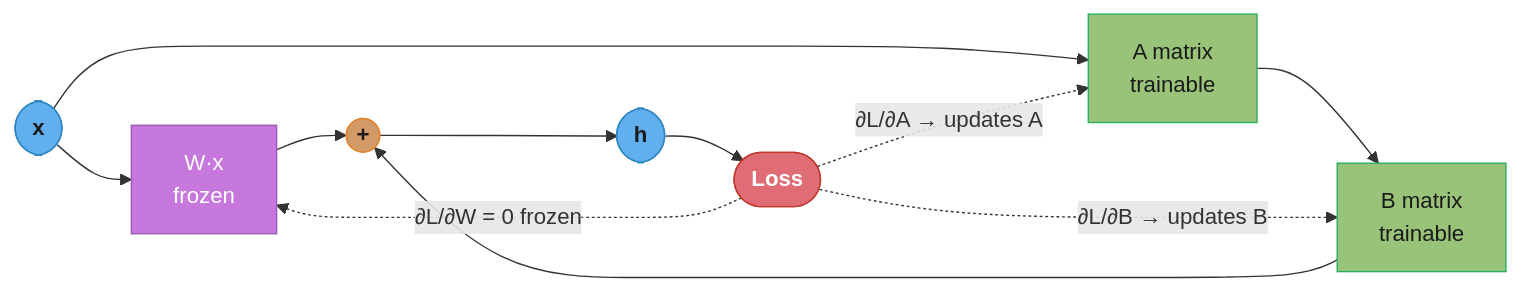
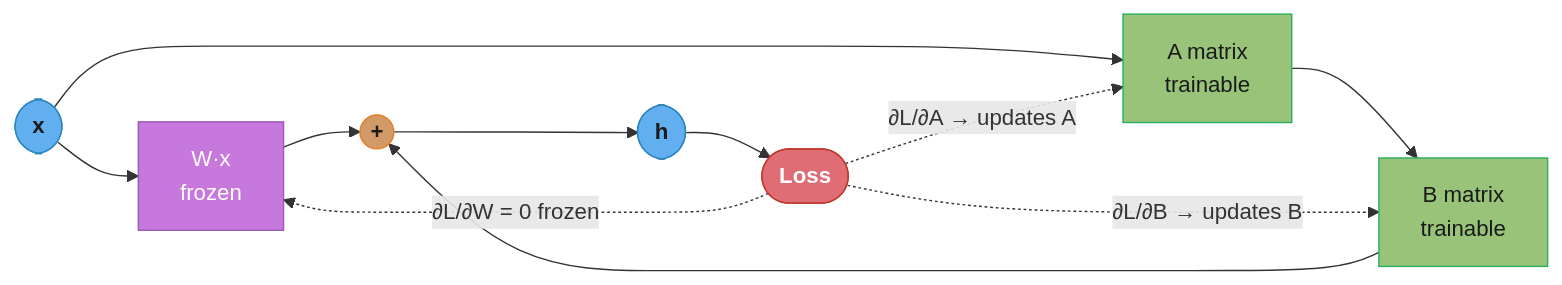
One commit to rppol/system-design changed the second of 4 diagrams in src/main/java/com/rutik/systemdesign/llm/fine_tuning/lora.md. Above: the diagram before and after it, drawn with Mermaid. The commit also changed other lines of this file and 1 other file, not shown here.

First line of the commit message:
fix: Mermaid smooth curves on GitHub, thicker arrows, Q&A on separate lines

````diff
--- a/src/main/java/com/rutik/systemdesign/llm/fine_tuning/lora.md
+++ b/src/main/java/com/rutik/systemdesign/llm/fine_tuning/lora.md
@@ -292,25 +293,26 @@
 ```mermaid
+%%{init: {'flowchart': {'curve': 'basis', 'nodeSpacing': 45, 'rankSpacing': 55}}}%%
 flowchart LR
     classDef io      fill:#61afef,stroke:#2e86c1,color:#1a1a1a,font-weight:bold
     classDef frozen  fill:#c678dd,stroke:#9b59b6,color:#fff
     classDef train   fill:#98c379,stroke:#27ae60,color:#1a1a1a
     classDef mathOp  fill:#d19a66,stroke:#e67e22,color:#1a1a1a,font-weight:bold
     classDef lossN   fill:#e06c75,stroke:#c0392b,color:#fff,font-weight:bold
 
     x([x]) --> Wx["W·x\nfrozen"]
     x --> A["A matrix\ntrainable"]
     A --> B["B matrix\ntrainable"]
     Wx --> plus((" + "))
     B --> plus
     plus --> h([h])
     h --> loss([Loss])
     loss -.->|"∂L/∂B → updates B"| B
     loss -.->|"∂L/∂A → updates A"| A
     loss -. "∂L/∂W = 0  frozen" .-> Wx
 
     class x,h io
     class Wx frozen
     class A,B train
     class plus mathOp
     class loss lossN
 ```
````
